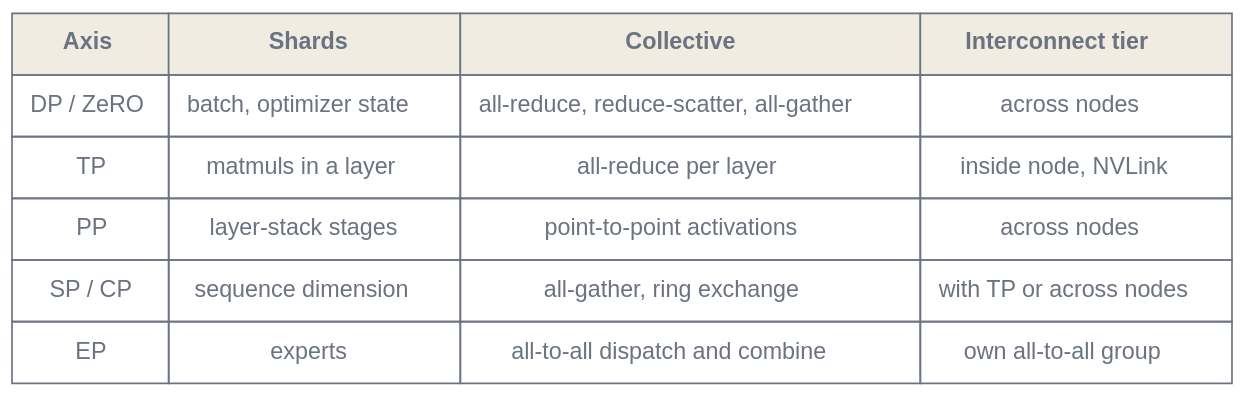
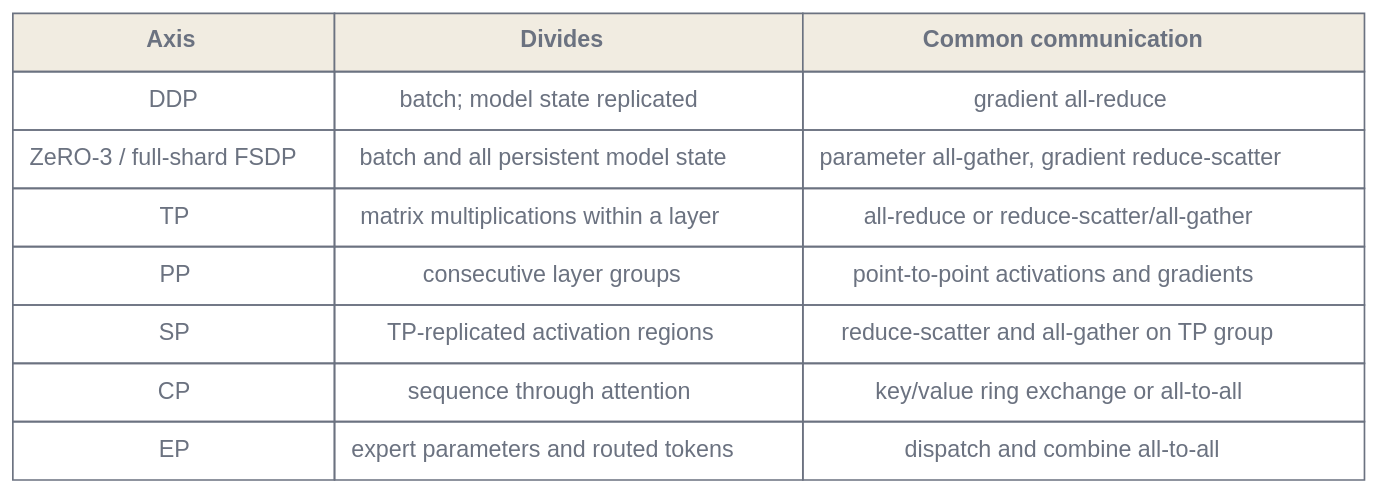
The second of 4 diagrams in en/foundations/06-training-at-scale.qmd (latere-ai/ai-as-an-infrastructure), drawn with Graphviz before and after one commit. The commit also changed other lines of this file and 12 other files, not shown here.

````diff
--- a/en/foundations/06-training-at-scale.qmd
+++ b/en/foundations/06-training-at-scale.qmd
@@ -111,19 +252,21 @@
 ```{dot}
 //| label: fig-training-axes
-//| fig-cap: "The four parallelism axes plus expert parallelism, each by what it shards, the collective it runs, and the interconnect tier it can afford."
+//| fig-cap: "Parallelism axes by the state they divide and the communication they commonly introduce. SP usually reuses the TP group; the other degrees may form independent mesh dimensions."
 digraph axes {
   bgcolor="transparent";
   rankdir=LR;
   node [shape=plaintext, fontname="Helvetica", fontcolor="#6b7280"];
   t [label=<
-    <table border="0" cellborder="1" cellspacing="0" cellpadding="10" color="#6b7280">
-      <tr><td bgcolor="#f1ece1"><b>Axis</b></td><td bgcolor="#f1ece1"><b>Shards</b></td><td bgcolor="#f1ece1"><b>Collective</b></td><td bgcolor="#f1ece1"><b>Interconnect tier</b></td></tr>
-      <tr><td>DP / ZeRO</td><td>batch, optimizer state</td><td>all-reduce, reduce-scatter, all-gather</td><td>across nodes</td></tr>
-      <tr><td>TP</td><td>matmuls in a layer</td><td>all-reduce per layer</td><td>inside node, NVLink</td></tr>
-      <tr><td>PP</td><td>layer-stack stages</td><td>point-to-point activations</td><td>across nodes</td></tr>
-      <tr><td>SP / CP</td><td>sequence dimension</td><td>all-gather, ring exchange</td><td>with TP or across nodes</td></tr>
-      <tr><td>EP</td><td>experts</td><td>all-to-all dispatch and combine</td><td>own all-to-all group</td></tr>
+    <table border="0" cellborder="1" cellspacing="0" cellpadding="9" color="#6b7280">
+      <tr><td bgcolor="#f1ece1"><b>Axis</b></td><td bgcolor="#f1ece1"><b>Divides</b></td><td bgcolor="#f1ece1"><b>Common communication</b></td></tr>
+      <tr><td>DDP</td><td>batch; model state replicated</td><td>gradient all-reduce</td></tr>
+      <tr><td>ZeRO-3 / full-shard FSDP</td><td>batch and all persistent model state</td><td>parameter all-gather, gradient reduce-scatter</td></tr>
+      <tr><td>TP</td><td>matrix multiplications within a layer</td><td>all-reduce or reduce-scatter/all-gather</td></tr>
+      <tr><td>PP</td><td>consecutive layer groups</td><td>point-to-point activations and gradients</td></tr>
+      <tr><td>SP</td><td>TP-replicated activation regions</td><td>reduce-scatter and all-gather on TP group</td></tr>
+      <tr><td>CP</td><td>sequence through attention</td><td>key/value ring exchange or all-to-all</td></tr>
+      <tr><td>EP</td><td>expert parameters and routed tokens</td><td>dispatch and combine all-to-all</td></tr>
     </table>
   >];
 }
 ```
````
